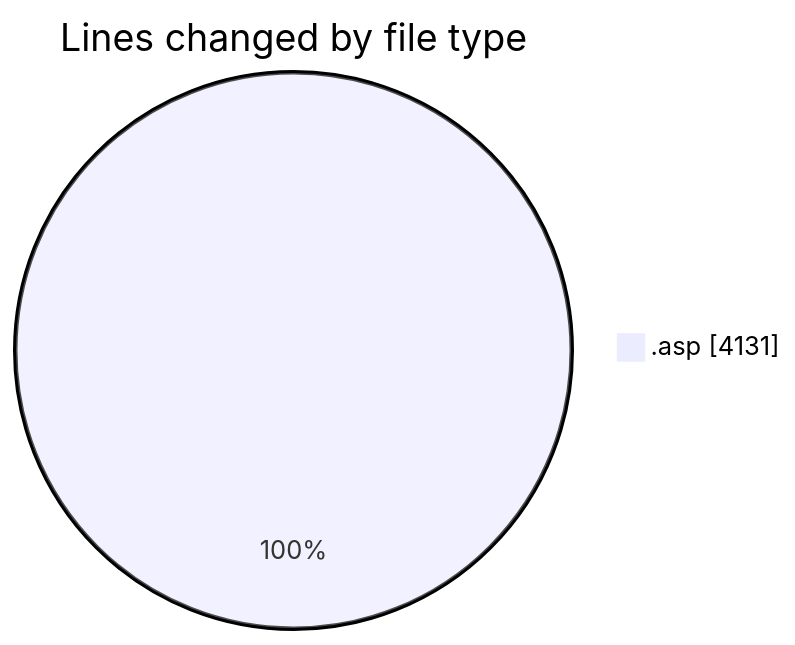
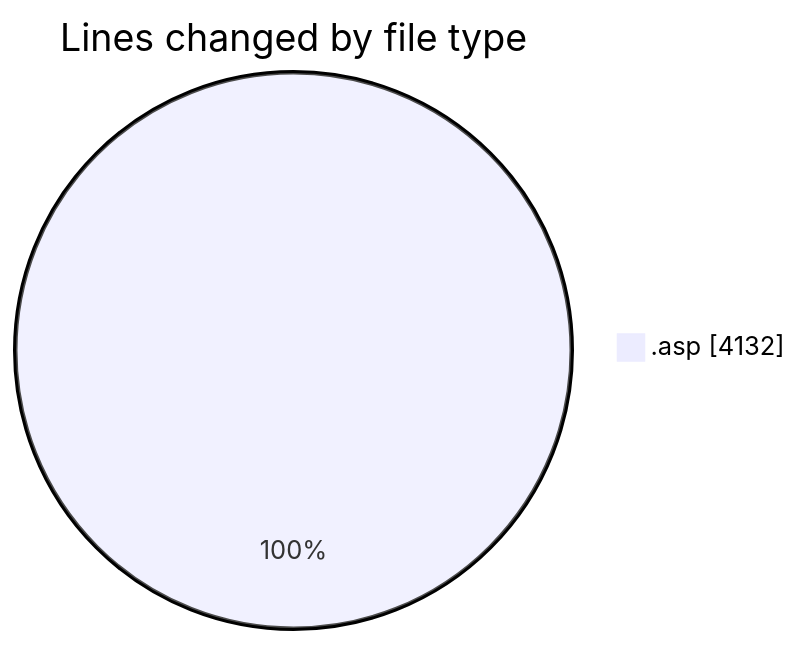
Before and after one commit to julien-gomy/code-tracking: the first of 2 diagrams in 2025-11-20/cdp_aleoudev_fr__workspace_/README.md, drawn with Mermaid. The commit also changed other lines of this file and 1 other file, not shown here.

````diff
--- a/2025-11-20/cdp_aleoudev_fr__workspace_/README.md
+++ b/2025-11-20/cdp_aleoudev_fr__workspace_/README.md
@@ -27,5 +27,5 @@
 ```mermaid
 pie showData
 title Lines changed by file type
-".asp" : 4131
+".asp" : 4132
 ```
````
